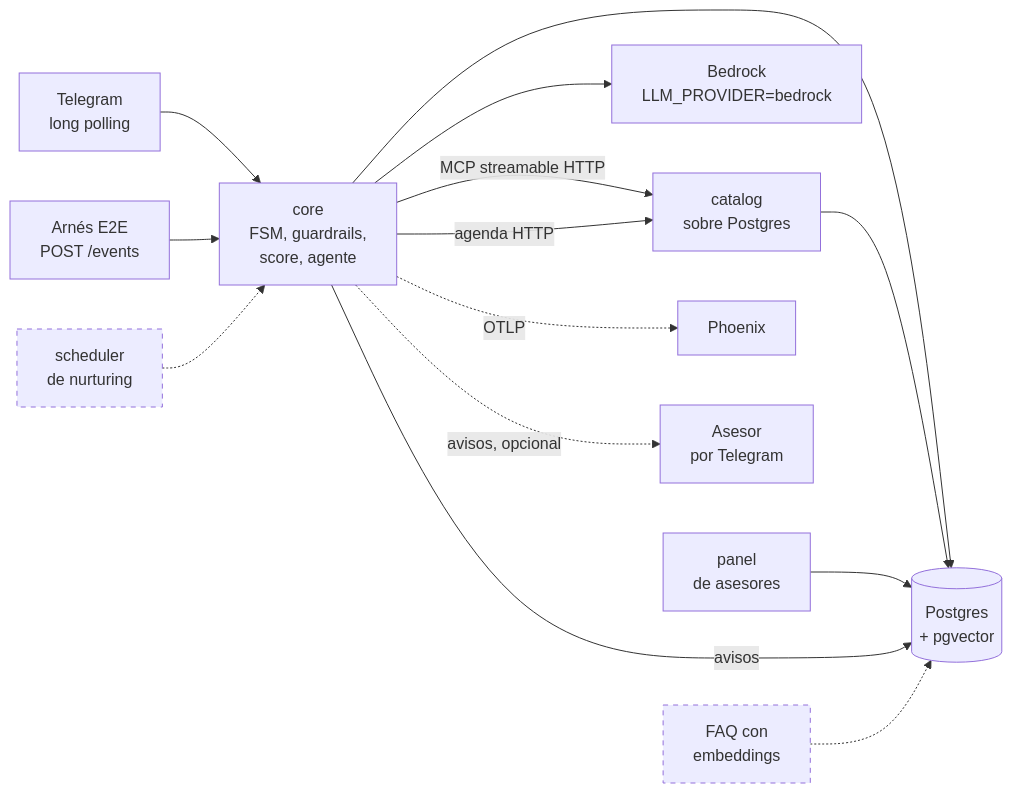
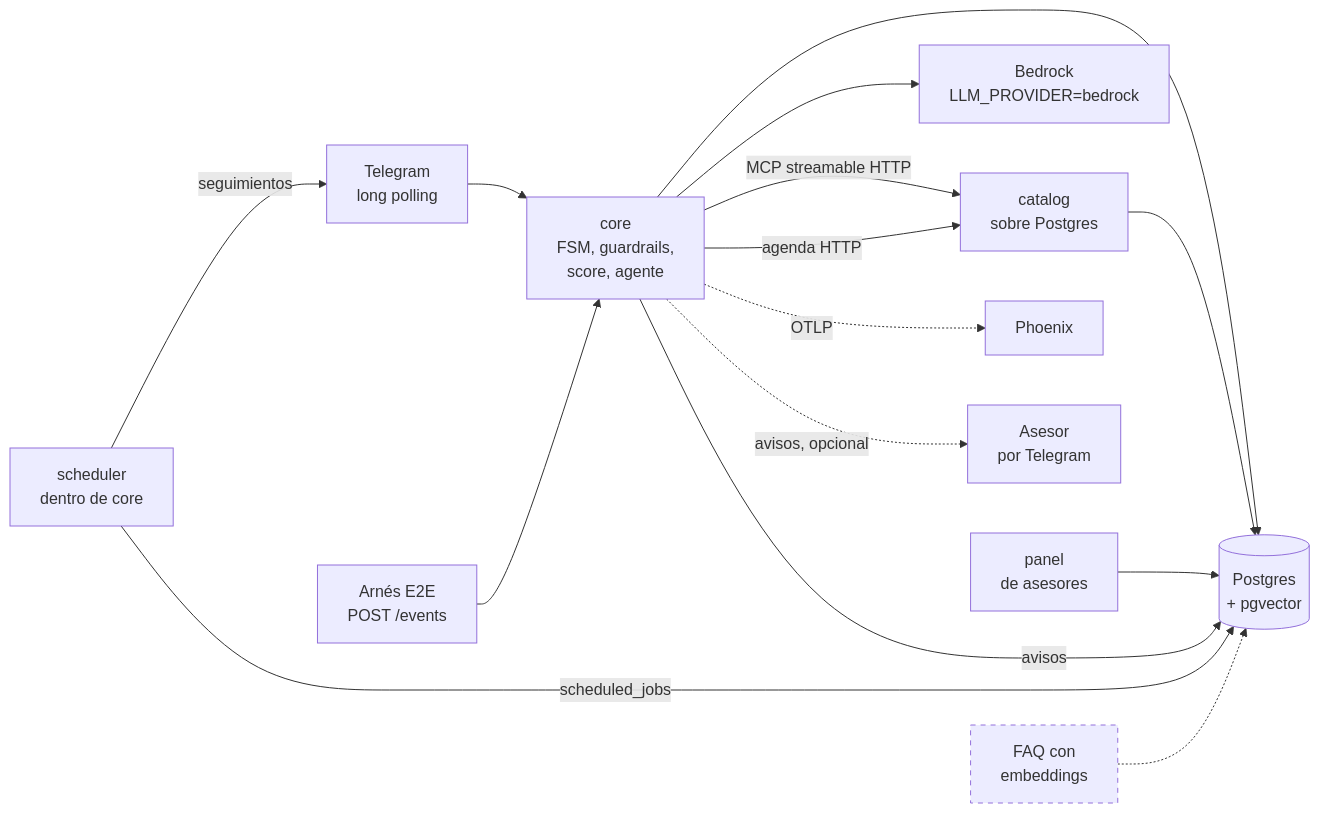
One commit to softserve-leads-inmobiliaria/SoftServe-Agente-Lead-Inmobiliaro changed the second of 2 diagrams in docs/DESIGN/design.md. Above: the diagram before and after it, drawn with Mermaid. The commit also changed other lines of this file and 14 other files, not shown here.

First line of the commit message:
[A-17] Scheduler de tareas diferidas: seguimientos y no_response (#165)

````diff
--- a/docs/DESIGN/design.md
+++ b/docs/DESIGN/design.md
@@ -123,17 +124,18 @@
 ```mermaid
 flowchart LR
     TG[Telegram<br/>long polling] --> CORE
     H[Arnés E2E<br/>POST /events] --> CORE
     CORE[core<br/>FSM, guardrails,<br/>score, agente] -- MCP streamable HTTP --> CAT[catalog<br/>sobre Postgres]
     CORE --> BR[Bedrock<br/>LLM_PROVIDER=bedrock]
     CORE --> PG[(Postgres<br/>+ pgvector)]
     CAT --> PG
     PANEL[panel<br/>de asesores] --> PG
     CORE -. OTLP .-> PHX[Phoenix]
     CORE -- avisos --> PG
     CORE -. avisos, opcional .-> ADV[Asesor<br/>por Telegram]
     CORE -- agenda HTTP --> CAT
-    SCHED[scheduler<br/>de nurturing]:::nobuilt -.-> CORE
+    SCHED[scheduler<br/>dentro de core] -- scheduled_jobs --> PG
+    SCHED -- seguimientos --> TG
     FAQ[FAQ con<br/>embeddings]:::nobuilt -.-> PG
     classDef nobuilt stroke-dasharray: 5 5
 ```
````
